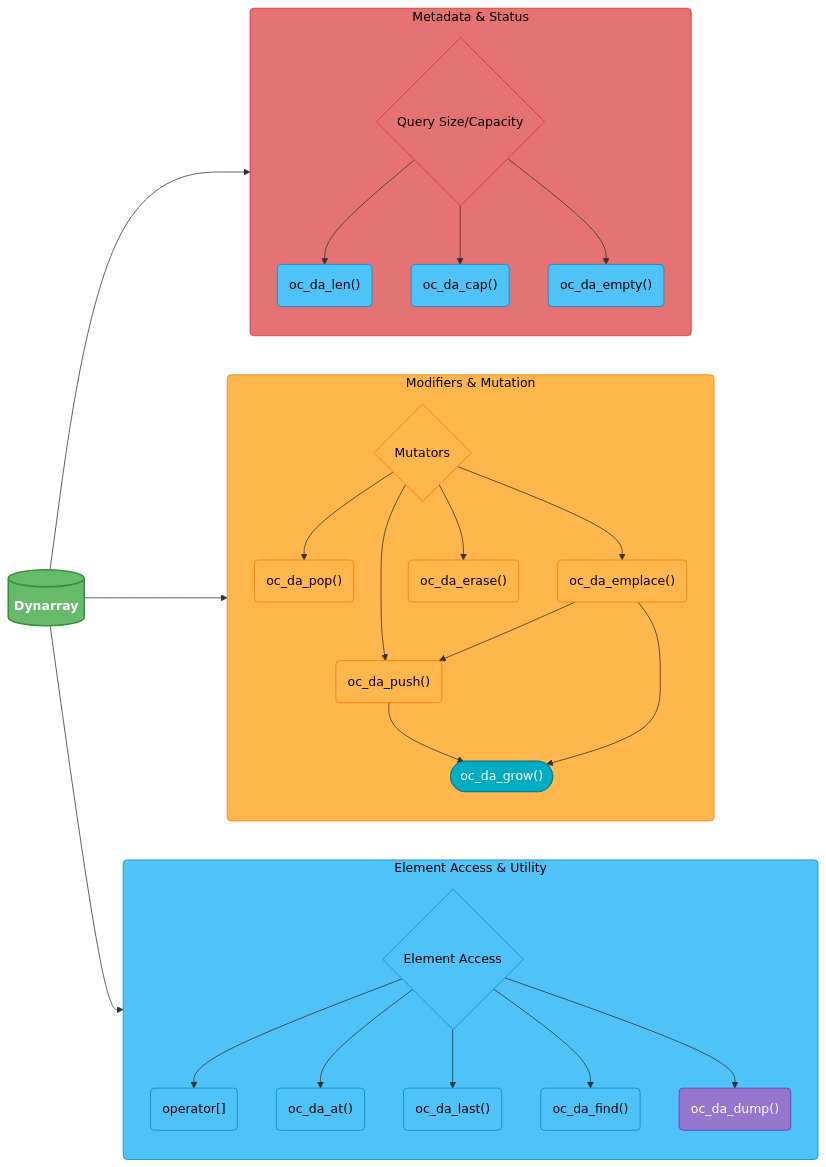
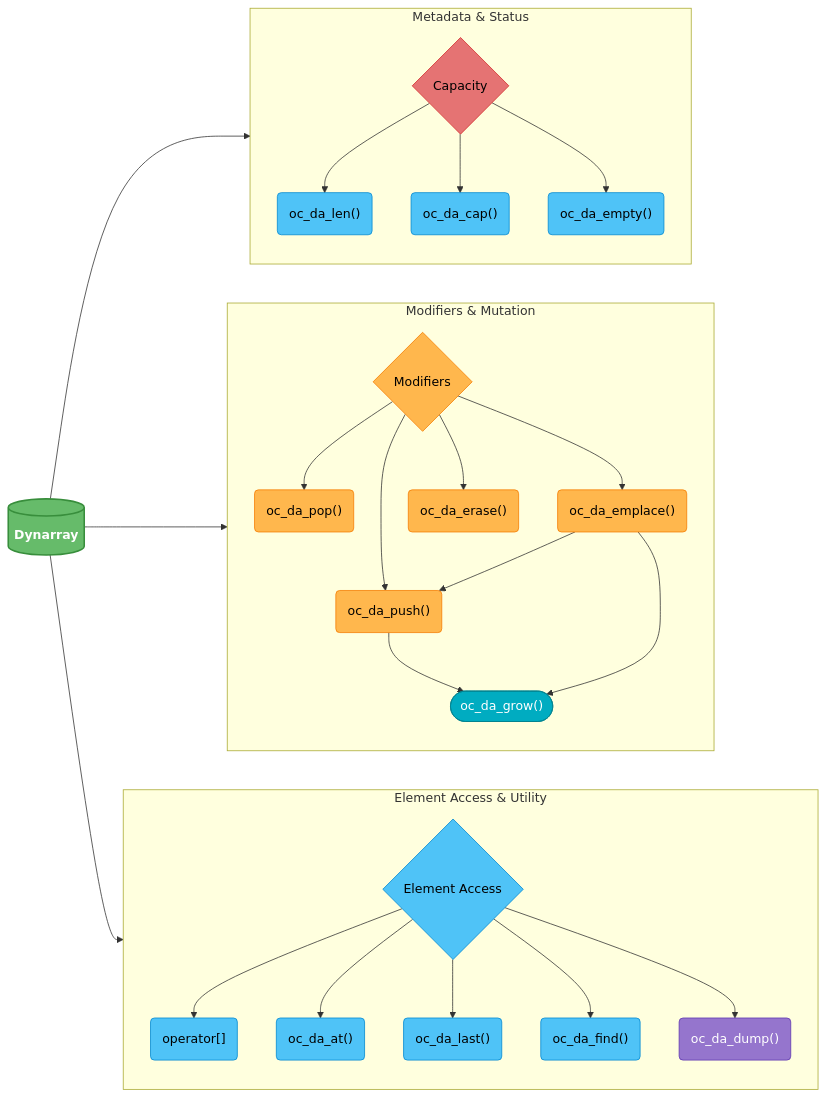
The diagram in docs/dynarray.md (xxraincandyxx/OmniC), drawn with Mermaid before and after one commit.

Commit message:
perf(docs:dynarray): beautifies chart

````diff
--- a/docs/dynarray.md
+++ b/docs/dynarray.md
@@ -3,61 +3,55 @@
 ```mermaid
 %%{init: {'flowchart': {'htmlLabels': false}}}%%
 flowchart LR
 
 %% 1. STYLES DEFINITION
     classDef mainNode fill:#66BB6A,stroke:#388E3C,stroke-width:2px,color:#FFFFFF,rx:8px,ry:8px,font-weight:bold
     classDef metadata fill:#E57373,stroke:#D32F2F,color:#000,rx:5px,ry:5px
     classDef access fill:#4FC3F7,stroke:#0288D1,color:#000,rx:5px,ry:5px
     classDef modifier fill:#FFB74D,stroke:#F57C00,color:#000,rx:5px,ry:5px
     classDef utility fill:#9575CD,stroke:#5E35B1,color:#FFFFFF
     classDef action fill:#00ACC1,stroke:#00838F,color:#FFFFFF
 
 %% 2. MAIN NODE
     A[(Dynarray)]:::mainNode
 
 %% 3. SUBGRAPHS FOR LOGICAL GROUPING
     subgraph S_META [Metadata & Status]
-        B0{Query Size/Capacity}:::metadata
+        B0{Capacity}:::metadata
         C_LEN("oc_da_len()"):::access
         C_CAP("oc_da_cap()"):::access
         C_EMPTY("oc_da_empty()"):::access
         B0 --> C_LEN & C_CAP & C_EMPTY
     end
 
     subgraph S_MOD [Modifiers & Mutation]
-        B1{Mutators}:::modifier
+        B1{Modifiers}:::modifier
         C_PUSH("oc_da_push()"):::modifier
         C_POP("oc_da_pop()"):::modifier
         C_EMPLACE("oc_da_emplace()"):::modifier
         C_ERASE("oc_da_erase()"):::modifier
         D_GROW(["oc_da_grow()"]):::action
 
         B1 --> C_PUSH & C_POP & C_EMPLACE & C_ERASE
         
         C_PUSH --> D_GROW
         C_EMPLACE --> C_PUSH
         C_EMPLACE --> D_GROW
     end
 
     subgraph S_ACCESS [Element Access & Utility]
         B2{Element Access}:::access
         C_OP_BRACKET("operator[]"):::access
         C_AT("oc_da_at()"):::access
         C_LAST("oc_da_last()"):::access
         C_FIND("oc_da_find()"):::access
         C_DUMP("oc_da_dump()"):::utility
 
         B2 --> C_OP_BRACKET & C_AT & C_LAST & C_FIND & C_DUMP
     end
 
 %% 4. CONNECTIONS TO MAIN NODE
     A --> S_META
     A --> S_MOD
     A --> S_ACCESS
-
-%% 5. OPTIONAL: Apply classes to nodes/subgraphs
-    class A mainNode
-    class S_META metadata
-    class S_MOD modifier
-    class S_ACCESS access
 ```
````
